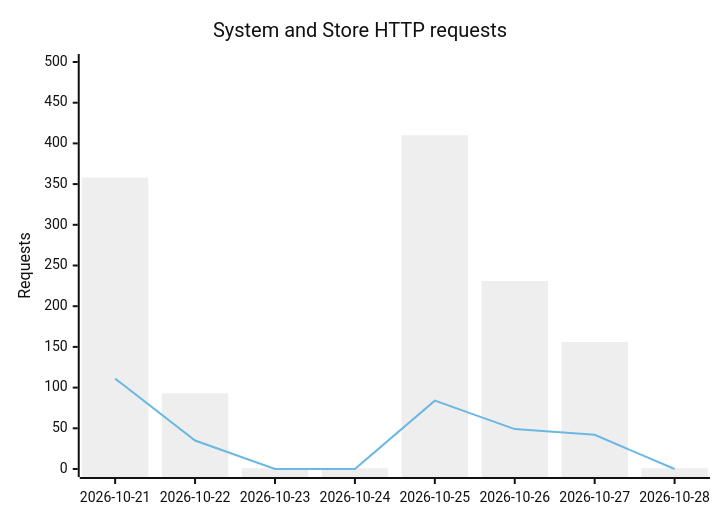
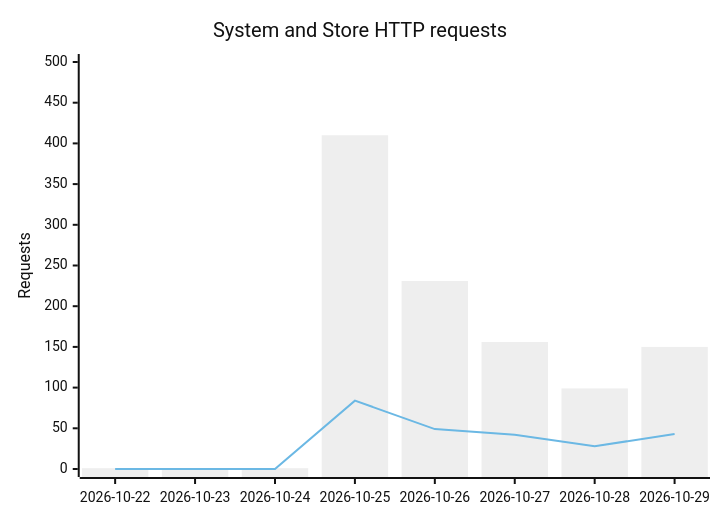
Before and after one commit to GeorgePlattDemo/3d-solutions-program: the diagram in APPLICATION-ACTIVITY.md, drawn with Mermaid (neutral theme). The commit also changed other lines of this file and 2 other files, not shown here.

````diff
--- a/APPLICATION-ACTIVITY.md
+++ b/APPLICATION-ACTIVITY.md
@@ -9,8 +9,8 @@
 ```mermaid
 xychart-beta
     title "System and Store HTTP requests"
-    x-axis ["2026-10-21","2026-10-22","2026-10-23","2026-10-24","2026-10-25","2026-10-26","2026-10-27","2026-10-28"]
+    x-axis ["2026-10-22","2026-10-23","2026-10-24","2026-10-25","2026-10-26","2026-10-27","2026-10-28","2026-10-29"]
     y-axis "Requests" 0 --> 500
-    bar [358,93,1,1,410,231,156,1]
-    line [111,35,0,0,84,49,42,0]
+    bar [1,1,1,410,231,156,99,150]
+    line [0,0,0,84,49,42,28,43]
 ```
````
